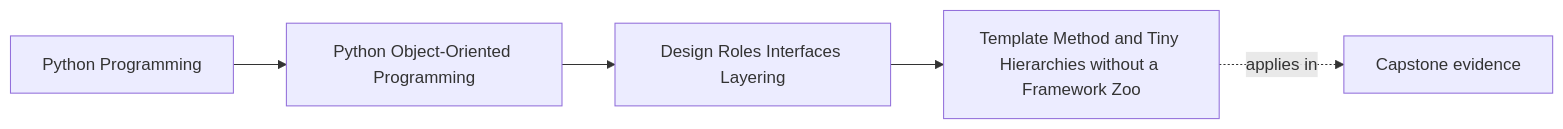
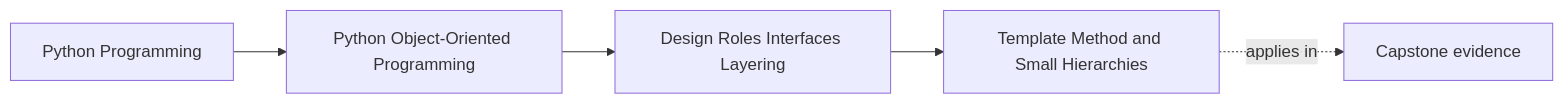
The first of 2 diagrams in programs/python-programming/python-object-oriented-programming/course-book/module-02-design-roles-interfaces-layering/template-method-and-small-hierarchies.md (bijux/bijux-masterclass), drawn with Mermaid before and after one commit. The commit also changed other lines of this file, not shown here.

Commit message:
docs(oop): keep template hierarchies narrow

````diff
--- a/programs/python-programming/python-object-oriented-programming/course-book/module-02-design-roles-interfaces-layering/template-method-and-small-hierarchies.md
+++ b/programs/python-programming/python-object-oriented-programming/course-book/module-02-design-roles-interfaces-layering/template-method-and-small-hierarchies.md
@@ -7,11 +6,11 @@
 ```mermaid
 graph LR
   family["Python Programming"]
   program["Python Object-Oriented Programming"]
   section["Design Roles Interfaces Layering"]
-  page["Template Method and Tiny Hierarchies without a Framework Zoo"]
+  page["Template Method and Small Hierarchies"]
   capstone["Capstone evidence"]
 
   family --> program --> section --> page
   page -.applies in.-> capstone
 ```
````
